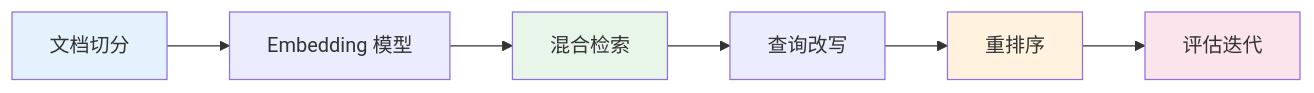
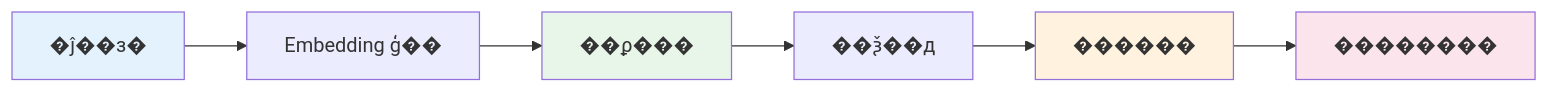
One commit to TimeHunter618/hugo-maid-dev changed the seventh of 7 diagrams in content/post/ai-interview/RAG召回率低怎么优化.zh-CN.md. Above: the diagram before and after it, drawn with Mermaid. The commit also changed other lines of this file and 70 other files, not shown here.

````diff
--- a/content/post/ai-interview/RAG召回率低怎么优化.zh-CN.md
+++ b/content/post/ai-interview/RAG召回率低怎么优化.zh-CN.md
@@ -488,13 +488,13 @@
 ```mermaid
 graph LR
-    A[文档切分] --> B[Embedding 模型]
-    B --> C[混合检索]
-    C --> D[查询改写]
-    D --> E[重排序]
-    E --> F[评估迭代]
+    A[�ĵ��з�] --> B[Embedding ģ��]
+    B --> C[��ϼ���]
+    C --> D[��ѯ��д]
+    D --> E[������]
+    E --> F[��������]
 
     style A fill:#e3f2fd
     style C fill:#e8f5e9
     style E fill:#fff3e0
     style F fill:#fce4ec
 ```
````
